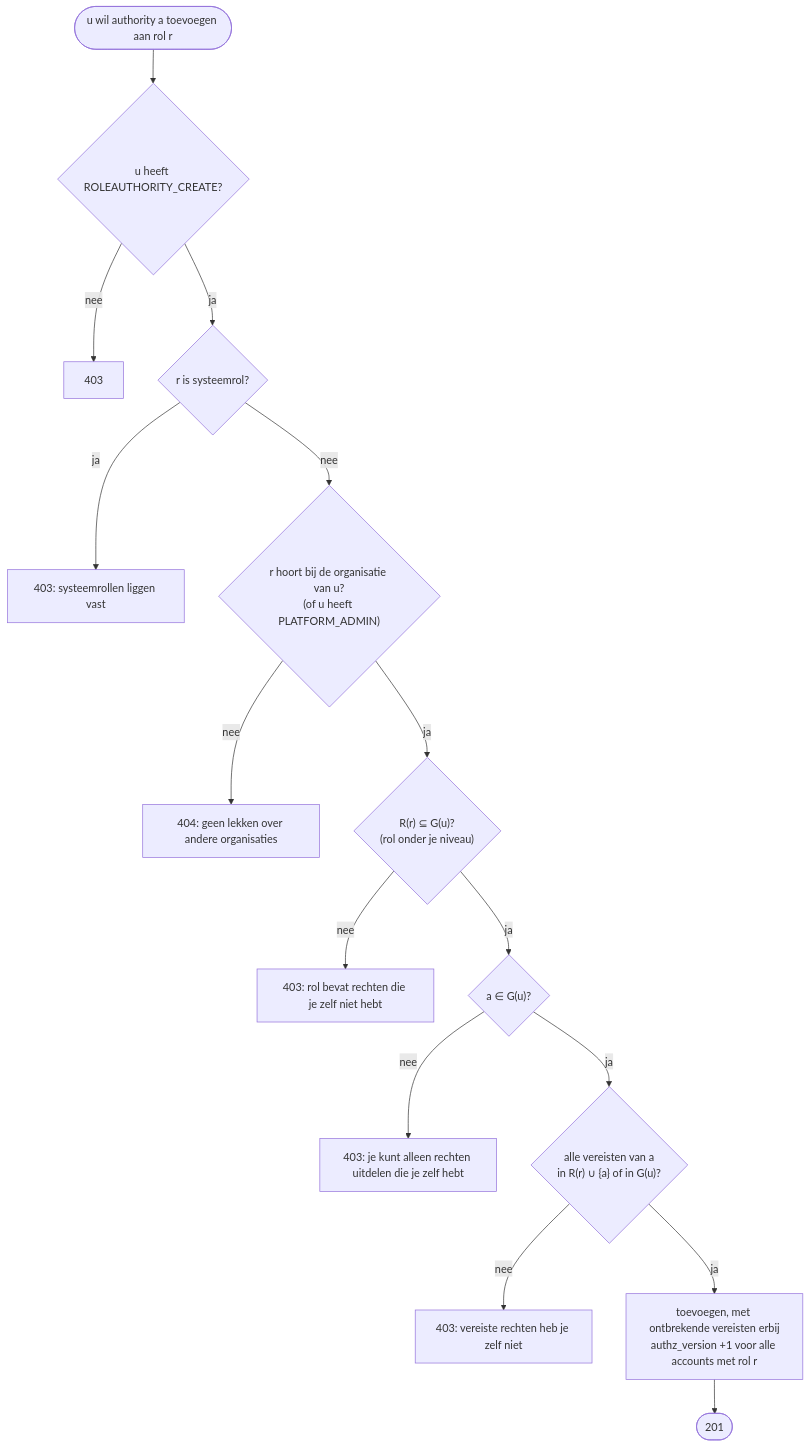
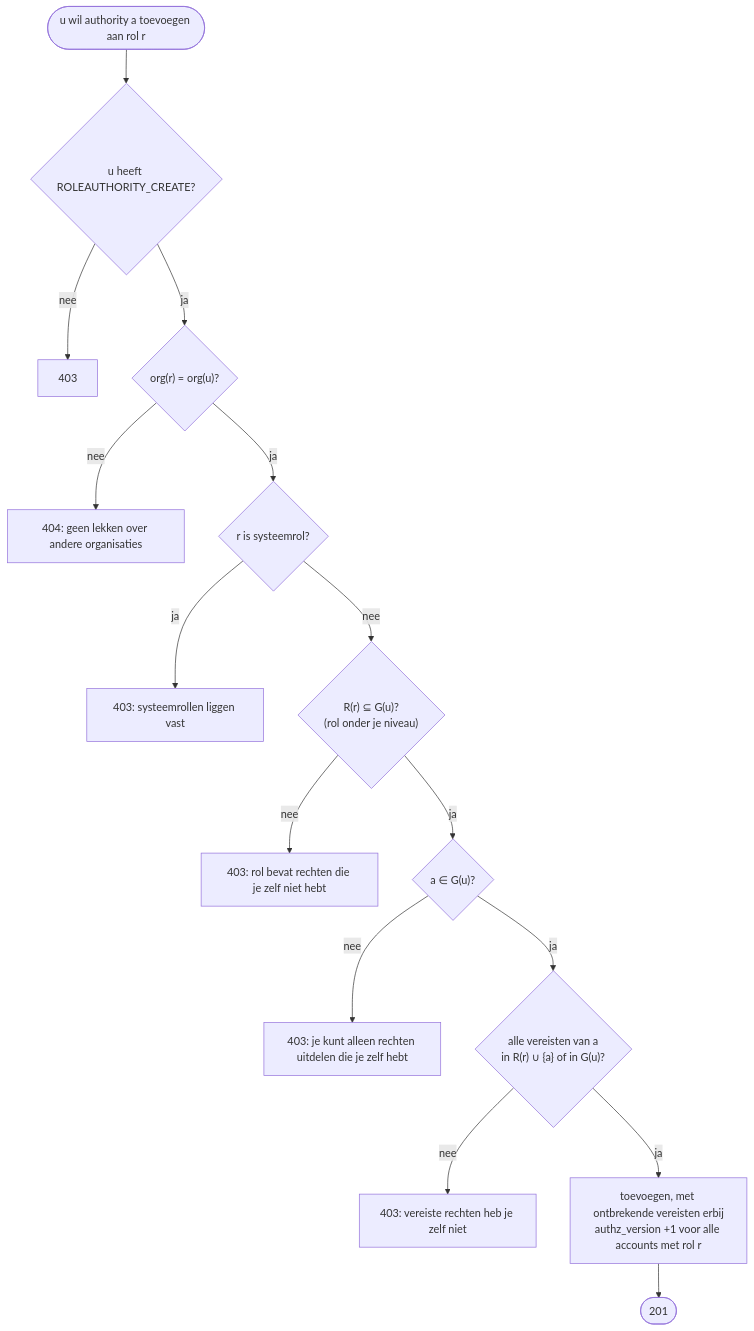
One commit to kbosma/rds changed the sixth of 12 diagrams in docs/voorstel-eigen-rollen.md. Above: the diagram before and after it, drawn with Mermaid. The commit also changed other lines of this file and 1 other file, not shown here.

Commit message:
docs: voorstel eigen rollen met platformorganisatie, rollen per organisatie (kopieën van systeemrollen), naamgeving en auditvelden

````diff
--- a/docs/voorstel-eigen-rollen.md
+++ b/docs/voorstel-eigen-rollen.md
@@ -127,17 +313,17 @@
 ```mermaid
 flowchart TD
     start([u wil authority a toevoegen aan rol r]) --> p{"u heeft ROLEAUTHORITY_CREATE?"}
     p -- nee --> f403a[403]
-    p -- ja --> sys{"r is systeemrol?"}
+    p -- ja --> org{"org(r) = org(u)?"}
+    org -- nee --> f404["404: geen lekken over andere organisaties"]
+    org -- ja --> sys{"r is systeemrol?"}
     sys -- ja --> f403b["403: systeemrollen liggen vast"]
-    sys -- nee --> org{"r hoort bij de organisatie van u?<br/>(of u heeft PLATFORM_ADMIN)"}
-    org -- nee --> f404["404: geen lekken over andere organisaties"]
-    org -- ja --> lvl{"R(r) ⊆ G(u)?<br/>(rol onder je niveau)"}
+    sys -- nee --> lvl{"R(r) ⊆ G(u)?<br/>(rol onder je niveau)"}
     lvl -- nee --> f403c["403: rol bevat rechten die je zelf niet hebt"]
     lvl -- ja --> own{"a ∈ G(u)?"}
     own -- nee --> f403d["403: je kunt alleen rechten uitdelen die je zelf hebt"]
     own -- ja --> dep{"alle vereisten van a<br/>in R(r) ∪ {a} of in G(u)?"}
     dep -- nee --> f403e["403: vereiste rechten heb je zelf niet"]
     dep -- ja --> ok["toevoegen, met ontbrekende vereisten erbij<br/>authz_version +1 voor alle accounts met rol r"]
     ok --> done([201])
 ```
````
